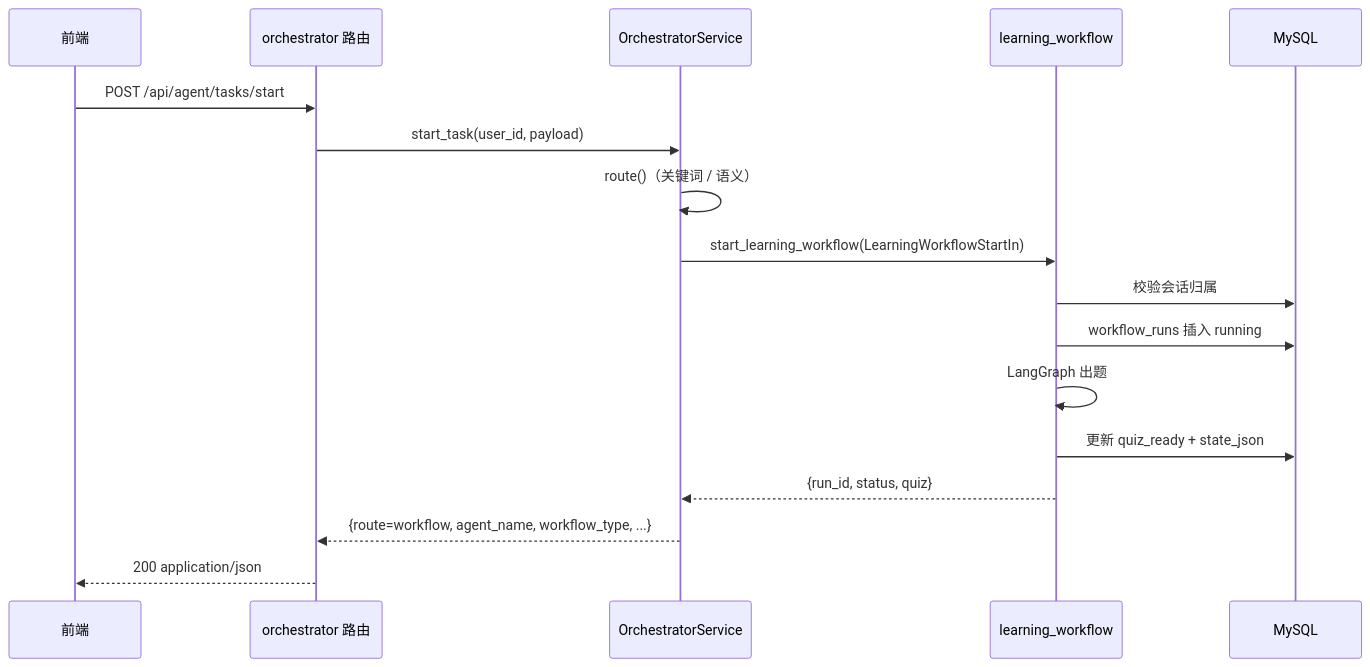
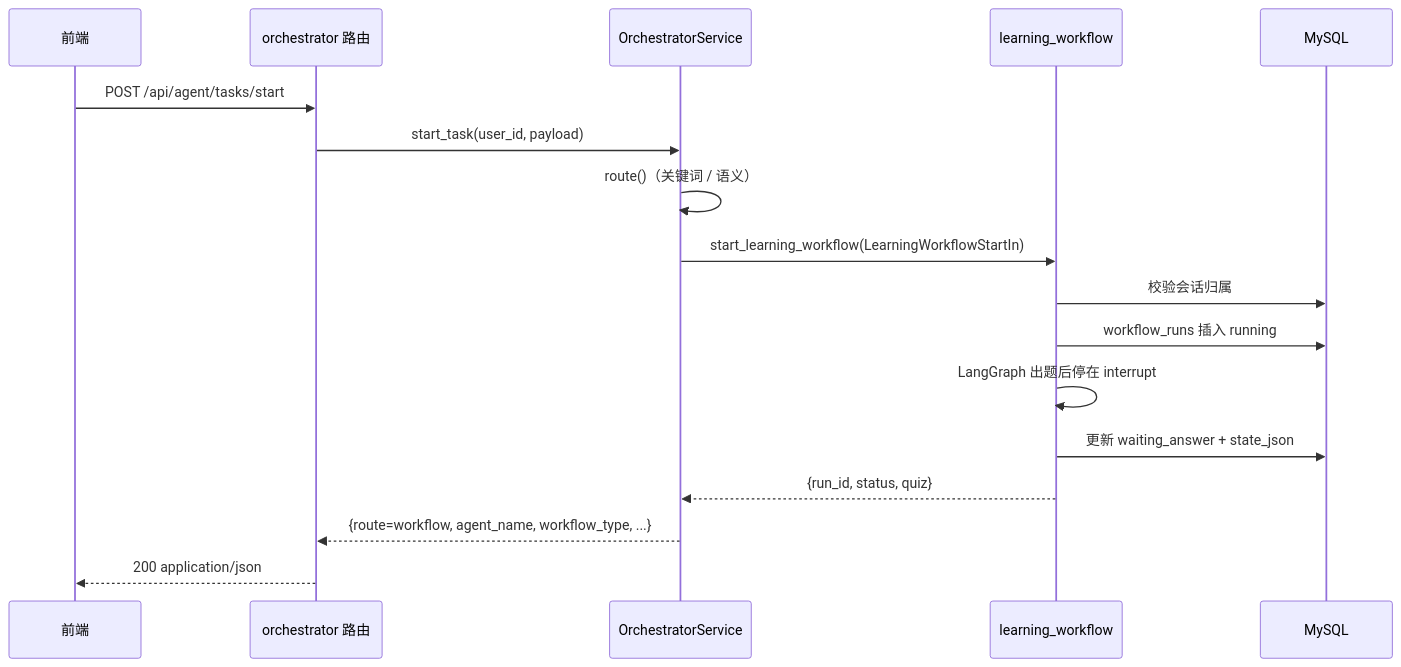
Before and after one commit to jiayinjiang-pistachio/study-pass-ai: the second of 5 diagrams in agent-backend/docs/orchestrator-workflow-design.md, drawn with Mermaid. The commit also changed other lines of this file and 11 other files, not shown here.

Commit message:
refactor(workflow): 学习测评改为 LangGraph interrupt + checkpoint 单图编排

````diff
--- a/agent-backend/docs/orchestrator-workflow-design.md
+++ b/agent-backend/docs/orchestrator-workflow-design.md
@@ -63,20 +65,20 @@
 ```mermaid
 sequenceDiagram
     participant FE as 前端
     participant R as orchestrator 路由
     participant S as OrchestratorService
     participant W as learning_workflow
     participant DB as MySQL
 
     FE->>R: POST /api/agent/tasks/start
     R->>S: start_task(user_id, payload)
     S->>S: route()（关键词 / 语义）
     S->>W: start_learning_workflow(LearningWorkflowStartIn)
     W->>DB: 校验会话归属
     W->>DB: workflow_runs 插入 running
-    W->>W: LangGraph 出题
-    W->>DB: 更新 quiz_ready + state_json
+    W->>W: LangGraph 出题后停在 interrupt
+    W->>DB: 更新 waiting_answer + state_json
     W-->>S: {run_id, status, quiz}
     S-->>R: {route=workflow, agent_name, workflow_type, ...}
     R-->>FE: 200 application/json
 ```
````
